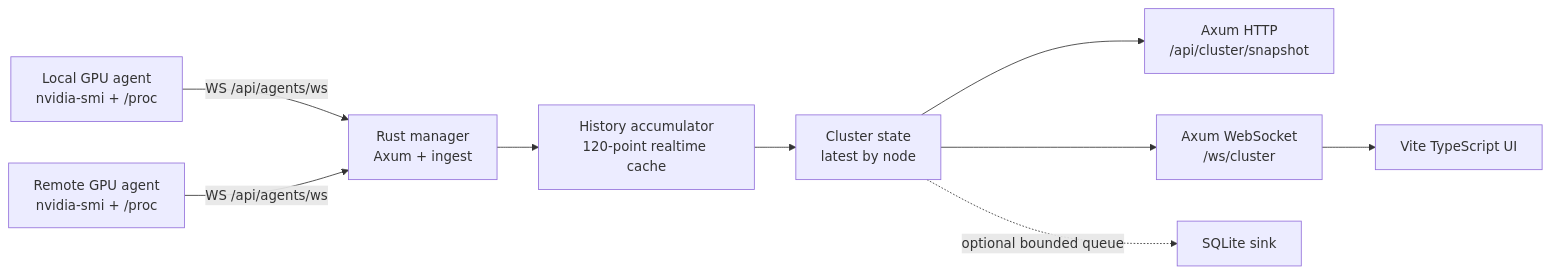
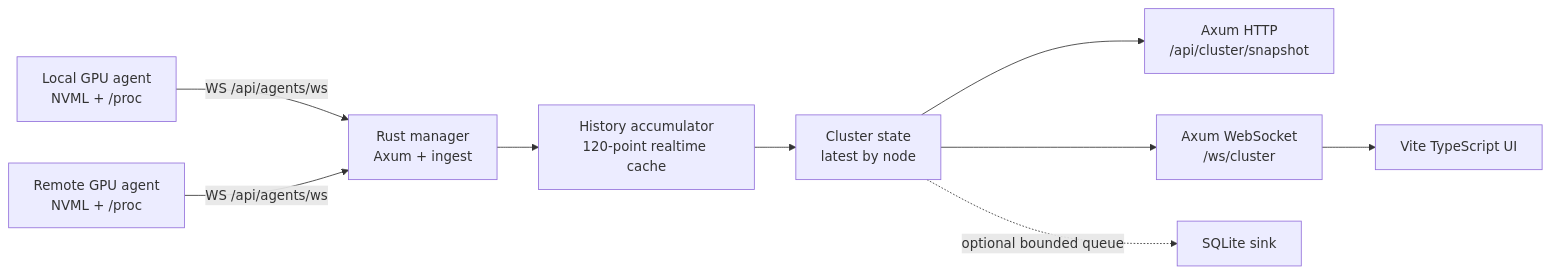
The diagram in docs/DESIGN.md (kuma-loong/Constella), drawn with Mermaid before and after one commit. The commit also changed other lines of this file and 14 other files, not shown here.

````diff
--- a/docs/DESIGN.md
+++ b/docs/DESIGN.md
@@ -9,11 +9,11 @@
 ```mermaid
 flowchart LR
-  L["Local GPU agent<br/>nvidia-smi + /proc"] -->|"WS /api/agents/ws"| M["Rust manager<br/>Axum + ingest"]
-  R["Remote GPU agent<br/>nvidia-smi + /proc"] -->|"WS /api/agents/ws"| M
+  L["Local GPU agent<br/>NVML + /proc"] -->|"WS /api/agents/ws"| M["Rust manager<br/>Axum + ingest"]
+  R["Remote GPU agent<br/>NVML + /proc"] -->|"WS /api/agents/ws"| M
   M --> A["History accumulator<br/>120-point realtime cache"]
   A --> S["Cluster state<br/>latest by node"]
   S --> G["Axum HTTP<br/>/api/cluster/snapshot"]
   S --> H["Axum WebSocket<br/>/ws/cluster"]
   H --> F["Vite TypeScript UI"]
   S -.optional bounded queue.-> DB["SQLite sink"]
 ```
````
